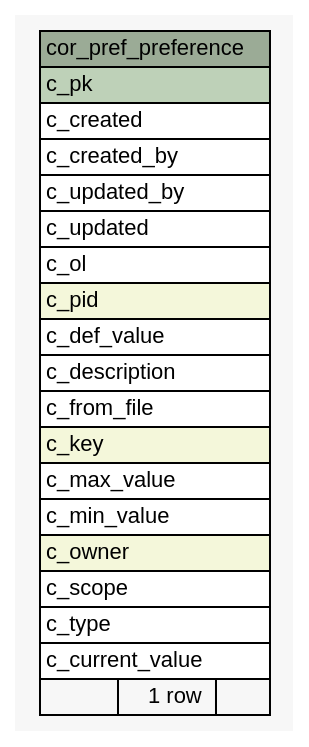
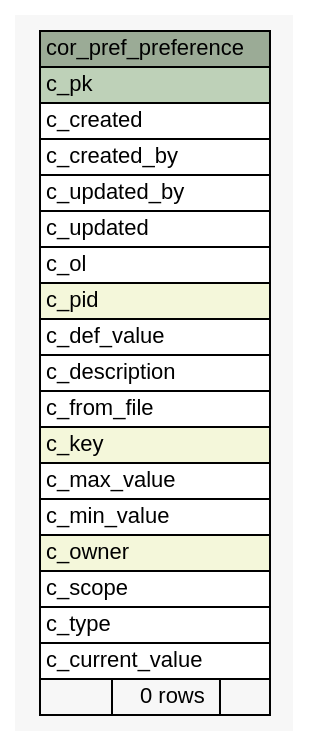
One commit to openwms/org.openwms.core.preferences.lib changed the diagram in 1.0.0-SNAPSHOT/schemaspy/diagrams/summary/cor_pref_preference.1degree.dot. Above: the diagram before and after it, drawn with Graphviz. The commit also changed 33 other files, not shown here.

```diff
--- a/1.0.0-SNAPSHOT/schemaspy/diagrams/summary/cor_pref_preference.1degree.dot
+++ b/1.0.0-SNAPSHOT/schemaspy/diagrams/summary/cor_pref_preference.1degree.dot
@@ -1,46 +1,46 @@
-// dot 2.43.0 on Linux 5.15.0-1020-azure
+// dot 2.43.0 on Linux 5.15.0-1033-azure
 // SchemaSpy rev Unknown
 digraph "cor_pref_preference" {
   graph [
     rankdir="RL"
     bgcolor="#f7f7f7"
     nodesep="0.18"
     ranksep="0.46"
     fontname="Helvetica"
     fontsize="11"
   ];
   node [
     fontname="Helvetica"
     fontsize="11"
     shape="plaintext"
   ];
   edge [
     arrowsize="0.8"
   ];
   "cor_pref_preference" [
     label=<
     <TABLE BORDER="0" CELLBORDER="1" CELLSPACING="0" BGCOLOR="#ffffff">
       <TR><TD COLSPAN="3" BGCOLOR="#9bab96" ALIGN="CENTER">cor_pref_preference</TD></TR>
       <TR><TD PORT="c_pk" COLSPAN="3" BGCOLOR="#bed1b8" ALIGN="LEFT">c_pk</TD></TR>
       <TR><TD PORT="c_created" COLSPAN="3" ALIGN="LEFT">c_created</TD></TR>
       <TR><TD PORT="c_created_by" COLSPAN="3" ALIGN="LEFT">c_created_by</TD></TR>
       <TR><TD PORT="c_updated_by" COLSPAN="3" ALIGN="LEFT">c_updated_by</TD></TR>
       <TR><TD PORT="c_updated" COLSPAN="3" ALIGN="LEFT">c_updated</TD></TR>
       <TR><TD PORT="c_ol" COLSPAN="3" ALIGN="LEFT">c_ol</TD></TR>
       <TR><TD PORT="c_pid" COLSPAN="3" BGCOLOR="#f4f7da" ALIGN="LEFT">c_pid</TD></TR>
       <TR><TD PORT="c_def_value" COLSPAN="3" ALIGN="LEFT">c_def_value</TD></TR>
       <TR><TD PORT="c_description" COLSPAN="3" ALIGN="LEFT">c_description</TD></TR>
       <TR><TD PORT="c_from_file" COLSPAN="3" ALIGN="LEFT">c_from_file</TD></TR>
       <TR><TD PORT="c_key" COLSPAN="3" BGCOLOR="#f4f7da" ALIGN="LEFT">c_key</TD></TR>
       <TR><TD PORT="c_max_value" COLSPAN="3" ALIGN="LEFT">c_max_value</TD></TR>
       <TR><TD PORT="c_min_value" COLSPAN="3" ALIGN="LEFT">c_min_value</TD></TR>
       <TR><TD PORT="c_owner" COLSPAN="3" BGCOLOR="#f4f7da" ALIGN="LEFT">c_owner</TD></TR>
       <TR><TD PORT="c_scope" COLSPAN="3" ALIGN="LEFT">c_scope</TD></TR>
       <TR><TD PORT="c_type" COLSPAN="3" ALIGN="LEFT">c_type</TD></TR>
       <TR><TD PORT="c_current_value" COLSPAN="3" ALIGN="LEFT">c_current_value</TD></TR>
-      <TR><TD ALIGN="LEFT" BGCOLOR="#f7f7f7">  </TD><TD ALIGN="RIGHT" BGCOLOR="#f7f7f7">1 row</TD><TD ALIGN="RIGHT" BGCOLOR="#f7f7f7">  </TD></TR>
+      <TR><TD ALIGN="LEFT" BGCOLOR="#f7f7f7">  </TD><TD ALIGN="RIGHT" BGCOLOR="#f7f7f7">0 rows</TD><TD ALIGN="RIGHT" BGCOLOR="#f7f7f7">  </TD></TR>
     </TABLE>>
     URL="tables/cor_pref_preference.html"
     tooltip="cor_pref_preference"
   ];
 }
```
